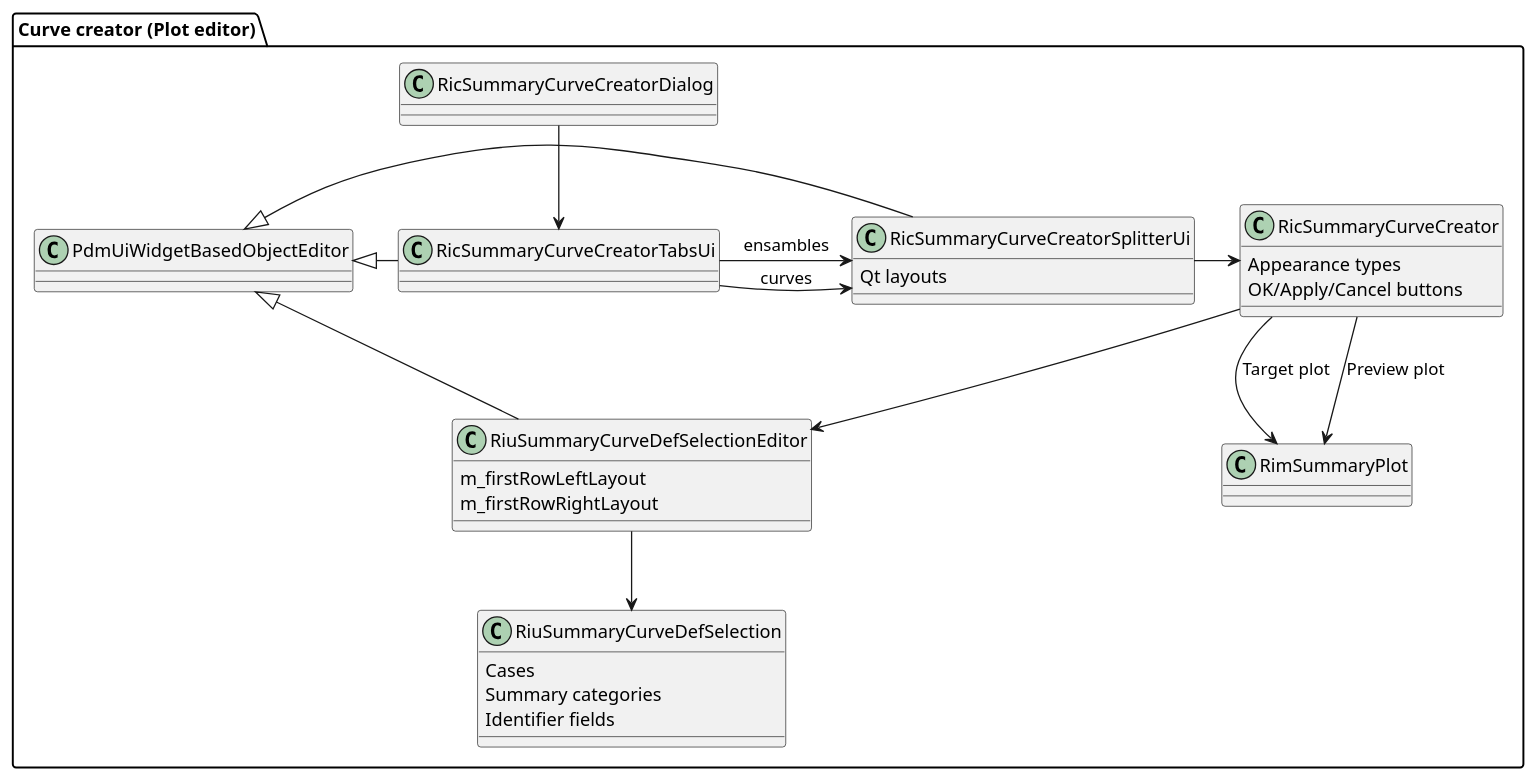
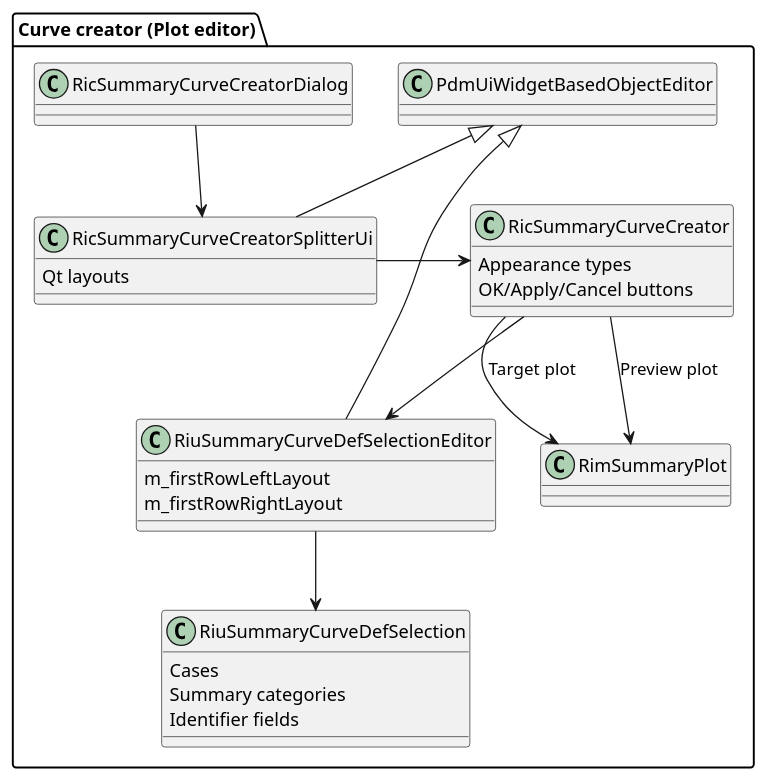
The diagram in doc/curve_creator.plantuml (OPM/ResInsight), drawn with PlantUML before and after one commit.

Commit message:
Update UML diagram for curve creator

```diff
--- a/doc/curve_creator.plantuml
+++ b/doc/curve_creator.plantuml
@@ -1,54 +1,50 @@
 @startuml
 
 package "Curve creator (Plot editor)" {
 
 '
 ' Class definitions
 '
 class RicSummaryCurveCreatorSplitterUi {
     Qt layouts
 }
 
 class RicSummaryCurveCreator {
     Appearance types
     OK/Apply/Cancel buttons
 }
 
 class RiuSummaryCurveDefSelectionEditor {
     m_firstRowLeftLayout
     m_firstRowRightLayout
 }
 
 class RiuSummaryCurveDefSelection {
     Cases
     Summary categories
     Identifier fields
 }
 
 '
 ' Class Hierarchy
 '
-PdmUiWidgetBasedObjectEditor <|- RicSummaryCurveCreatorSplitterUi
-PdmUiWidgetBasedObjectEditor <|- RicSummaryCurveCreatorTabsUi
+PdmUiWidgetBasedObjectEditor <|-- RicSummaryCurveCreatorSplitterUi
 PdmUiWidgetBasedObjectEditor <|-- RiuSummaryCurveDefSelectionEditor
 
 '
 ' Class references
 '
-RicSummaryCurveCreatorDialog --> RicSummaryCurveCreatorTabsUi
+RicSummaryCurveCreatorDialog --> RicSummaryCurveCreatorSplitterUi
 
 RicSummaryCurveCreatorSplitterUi ->RicSummaryCurveCreator
-
-RicSummaryCurveCreatorTabsUi -> RicSummaryCurveCreatorSplitterUi : curves
-RicSummaryCurveCreatorTabsUi -> RicSummaryCurveCreatorSplitterUi : ensambles
 
 RicSummaryCurveCreator --> RiuSummaryCurveDefSelectionEditor
 
 RicSummaryCurveCreator --> RimSummaryPlot : Target plot
 RicSummaryCurveCreator --> RimSummaryPlot : Preview plot
 
 RiuSummaryCurveDefSelectionEditor --> RiuSummaryCurveDefSelection
 
 }
 
 @enduml
```
